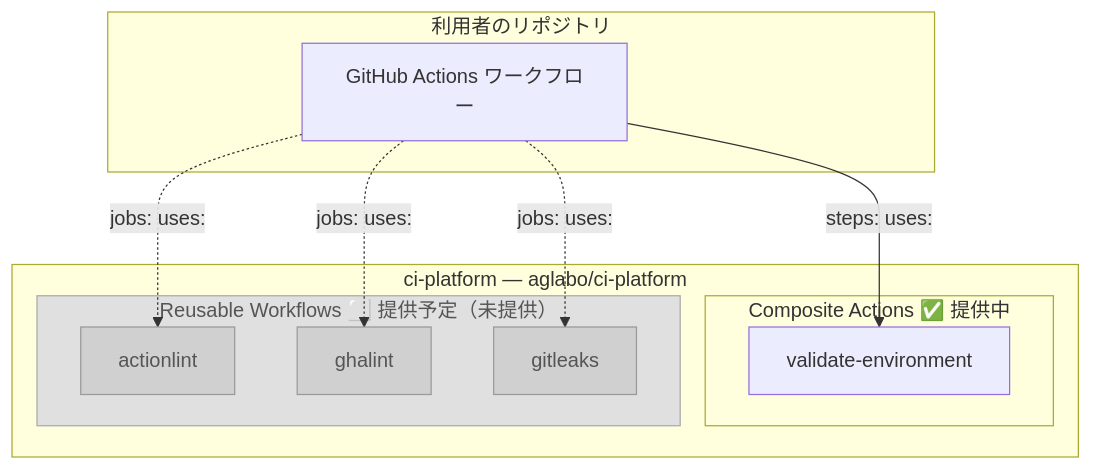
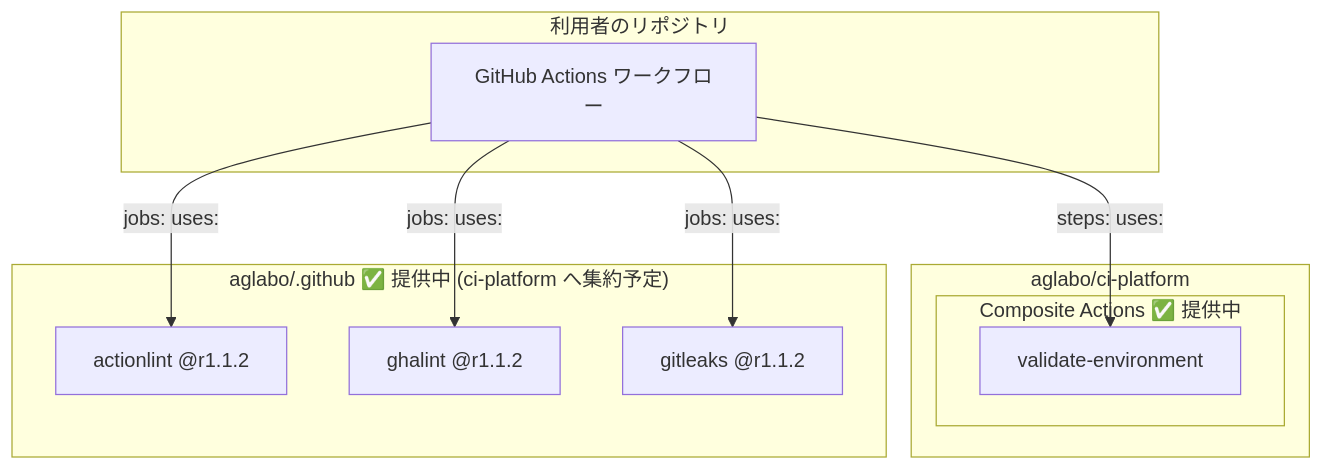
Before and after one commit to aglabo/ci-platform: the diagram in docs/user-guide/00-platform-overview.ja.md, drawn with Mermaid. The commit also changed other lines of this file, not shown here.

First line of the commit message:
docs(user-guide/00-overview): redefine platform overview with risks and design principles

````diff
--- a/docs/user-guide/00-platform-overview.ja.md
+++ b/docs/user-guide/00-platform-overview.ja.md
@@ -84,26 +122,23 @@
 ```mermaid
 graph TB
     subgraph repo["利用者のリポジトリ"]
         wf["GitHub Actions ワークフロー"]
     end
 
-    subgraph platform["ci-platform  ―  aglabo/ci-platform"]
+    subgraph platform["aglabo/ci-platform"]
         subgraph ca["Composite Actions  ✅ 提供中"]
             ve["validate-environment"]
         end
-        subgraph rw["Reusable Workflows  ⬜ 提供予定（未提供）"]
-            al["actionlint"]
-            gh["ghalint"]
-            gl["gitleaks"]
-        end
+    end
+
+    subgraph aglabo_github["aglabo/.github  ✅ 提供中 (ci-platform へ集約予定)"]
+        al["actionlint  @r1.1.2"]
+        gh["ghalint  @r1.1.2"]
+        gl["gitleaks  @r1.1.2"]
     end
 
     wf -->|"steps: uses:"| ve
-    wf -.->|"jobs: uses:"| al
-    wf -.->|"jobs: uses:"| gh
-    wf -.->|"jobs: uses:"| gl
-
-    classDef planned fill:#d0d0d0,stroke:#999,color:#555
-    class al,gh,gl planned
-    style rw fill:#e0e0e0,stroke:#aaa,color:#555
+    wf -->|"jobs: uses:"| al
+    wf -->|"jobs: uses:"| gh
+    wf -->|"jobs: uses:"| gl
 ```
````
